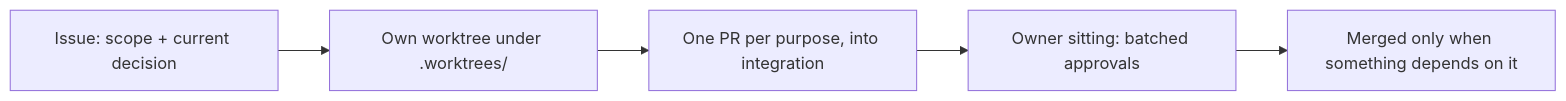
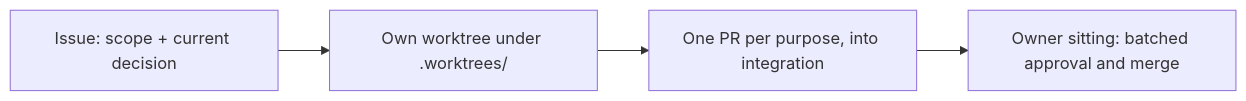
The second of 2 diagrams in AGENTS.md (tclyu/astralfab), drawn with Mermaid before and after one commit. The commit also changed other lines of this file and 2 other files, not shown here.

````diff
--- a/AGENTS.md
+++ b/AGENTS.md
@@ -44,4 +48,4 @@
 ```mermaid
 flowchart LR
-  issue["Issue: scope + current decision"] --> tree["Own worktree under .worktrees/"] --> pr["One PR per purpose, into integration"] --> sitting["Owner sitting: batched approvals"] --> merged["Merged only when something depends on it"]
+  issue["Issue: scope + current decision"] --> tree["Own worktree under .worktrees/"] --> pr["One PR per purpose, into integration"] --> sitting["Owner sitting: batched approval and merge"]
 ```
````
